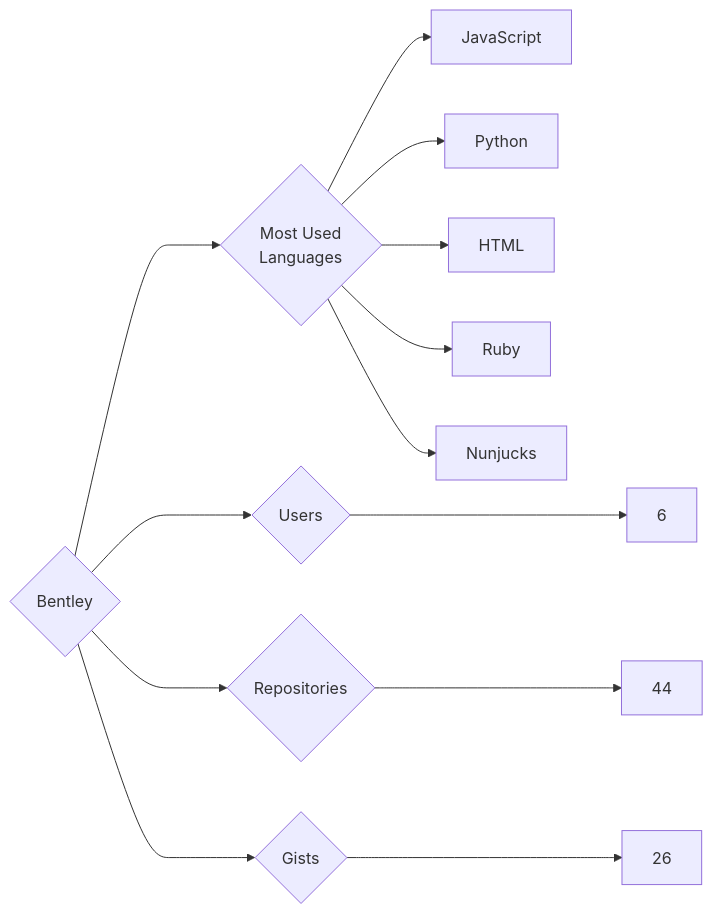
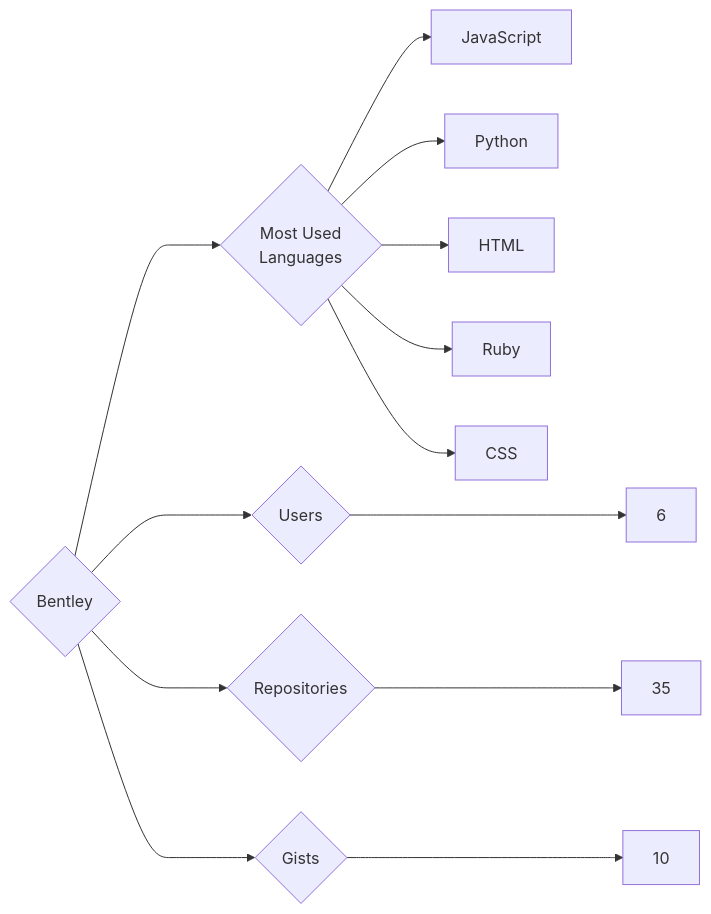
One commit to trickest/insiders changed the diagram in targets/Bentley/README.md. Above: the diagram before and after it, drawn with Mermaid. The commit also changed 724 other files, not shown here.

````diff
--- a/targets/Bentley/README.md
+++ b/targets/Bentley/README.md
@@ -3,13 +3,13 @@
 ```mermaid
 graph LR
 COMPANY_NAME{Bentley}
 COMPANY_NAME ---> U{Users} ---> UN[6]
-COMPANY_NAME ---> R{Repositories} ---> RN[44]
-COMPANY_NAME ---> G{Gists} ---> GN[26]
+COMPANY_NAME ---> R{Repositories} ---> RN[35]
+COMPANY_NAME ---> G{Gists} ---> GN[10]
 COMPANY_NAME ---> ML{Most Used<br>Languages}
 ML --> JavaScript[JavaScript]
 ML --> Python[Python]
 ML --> HTML[HTML]
 ML --> Ruby[Ruby]
-ML --> Nunjucks[Nunjucks]
+ML --> CSS[CSS]
 ```
````
